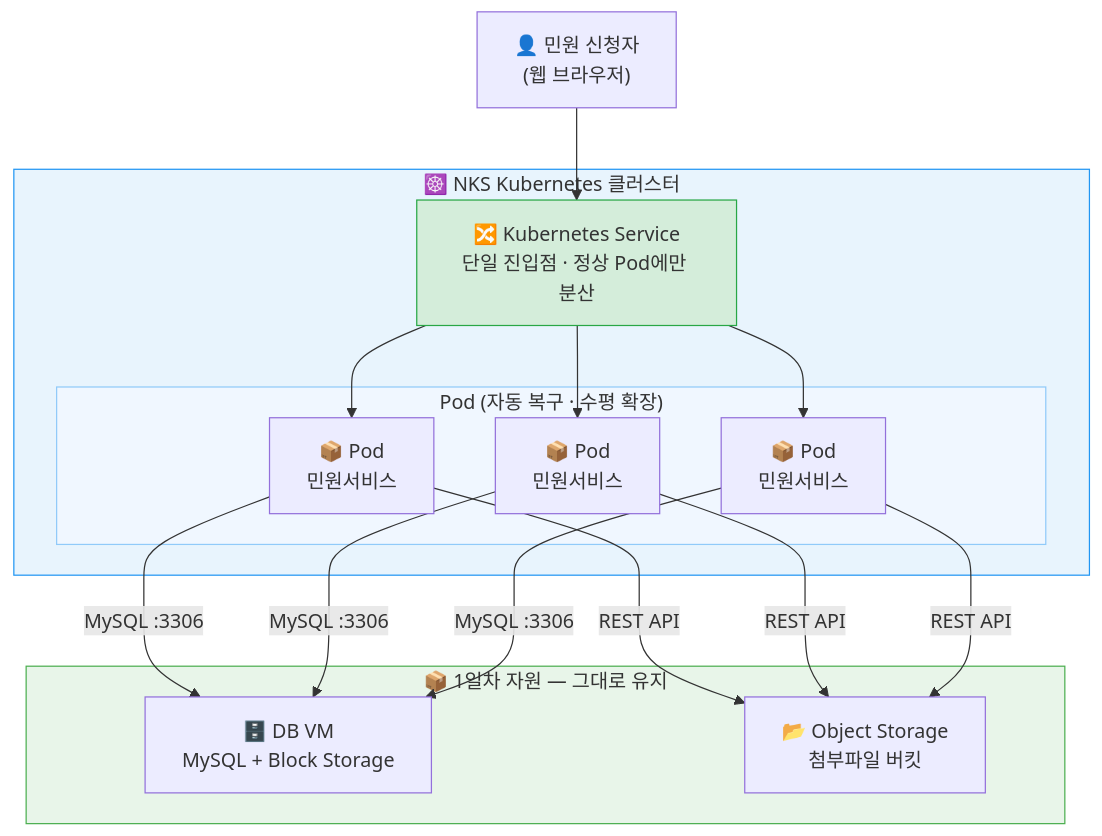
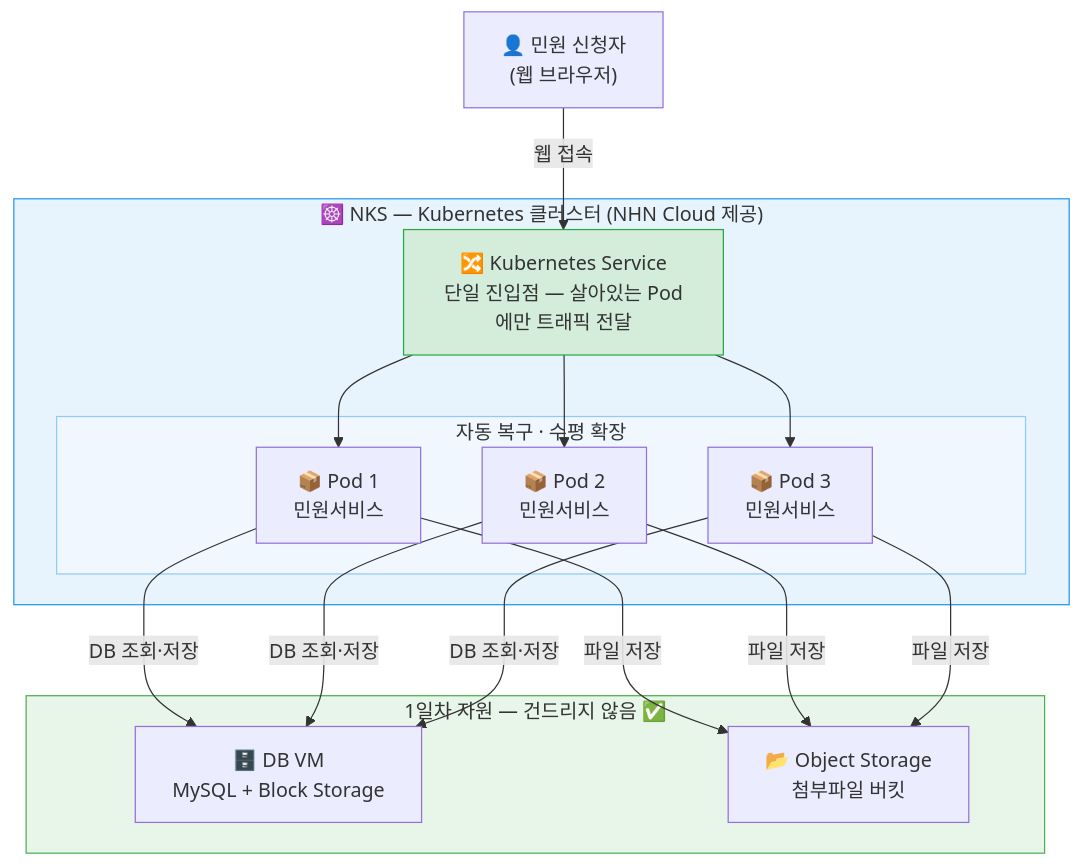
One commit to skilleat-labs/cloud-native-minwon-lab changed the second of 3 diagrams in docs/day2/index.md. Above: the diagram before and after it, drawn with Mermaid. The commit also changed other lines of this file, not shown here.

Commit message:
Day2 index: 핵심개념 설명·비교표·시작 전 체크리스트 추가, 전반적으로 쉽게 재작성

````diff
--- a/docs/day2/index.md
+++ b/docs/day2/index.md
@@ -31,28 +51,28 @@
 ```mermaid
 flowchart TB
     USER["👤 민원 신청자\n(웹 브라우저)"]
 
-    subgraph K8S["☸️ NKS Kubernetes 클러스터"]
-        SVC["🔀 Kubernetes Service\n단일 진입점 · 정상 Pod에만 분산"]
-        subgraph PODS["Pod (자동 복구 · 수평 확장)"]
-            P1["📦 Pod\n민원서비스"]
-            P2["📦 Pod\n민원서비스"]
-            P3["📦 Pod\n민원서비스"]
+    subgraph K8S["☸️ NKS — Kubernetes 클러스터 (NHN Cloud 제공)"]
+        SVC["🔀 Kubernetes Service\n단일 진입점 — 살아있는 Pod에만 트래픽 전달"]
+        subgraph PODS["자동 복구 · 수평 확장"]
+            P1["📦 Pod 1\n민원서비스"]
+            P2["📦 Pod 2\n민원서비스"]
+            P3["📦 Pod 3\n민원서비스"]
         end
         SVC --> P1 & P2 & P3
     end
 
-    subgraph DAY1["📦 1일차 자원 — 그대로 유지"]
+    subgraph DAY1["1일차 자원 — 건드리지 않음 ✅"]
         DB["🗄️ DB VM\nMySQL + Block Storage"]
         OS["📂 Object Storage\n첨부파일 버킷"]
     end
 
-    USER --> SVC
-    P1 & P2 & P3 -->|"MySQL :3306"| DB
-    P1 & P2 & P3 -->|"REST API"| OS
+    USER -->|"웹 접속"| SVC
+    P1 & P2 & P3 -->|"DB 조회·저장"| DB
+    P1 & P2 & P3 -->|"파일 저장"| OS
 
     style K8S fill:#e8f4fd,stroke:#2196F3
     style PODS fill:#f0f7ff,stroke:#90caf9
     style DAY1 fill:#e8f5e9,stroke:#4caf50
     style SVC fill:#d4edda,stroke:#28a745
 ```
````
